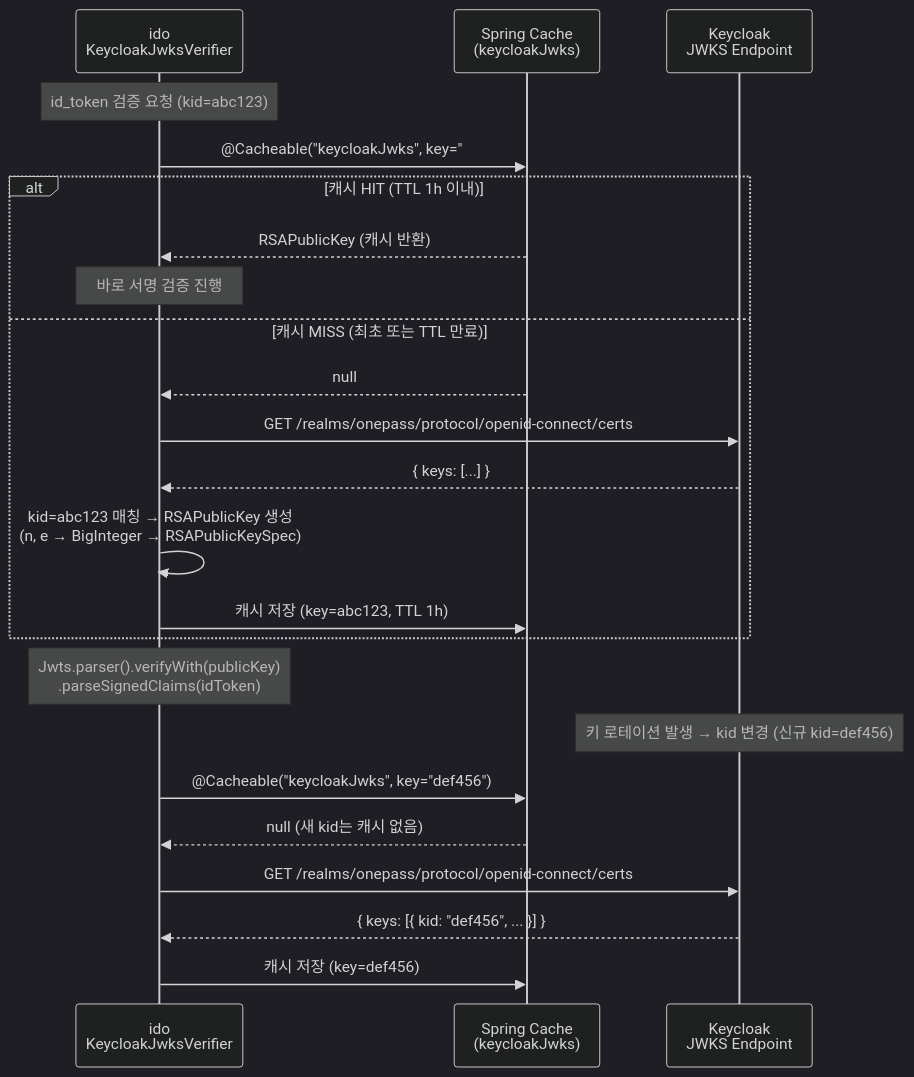
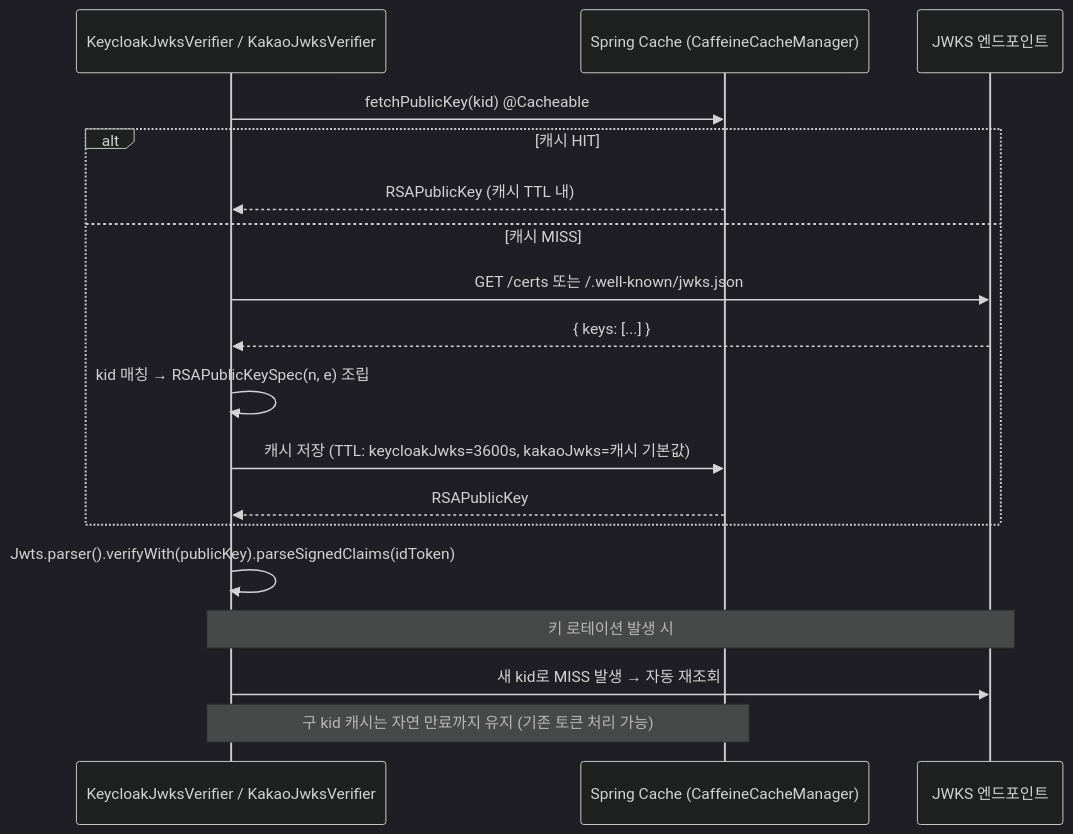
Before and after one commit to HipsterMIN/integration-sso: the fourth of 5 diagrams in docs/oidc-brokering-design.md, drawn with Mermaid (dark theme). The commit also changed other lines of this file, not shown here.

````diff
--- a/docs/oidc-brokering-design.md
+++ b/docs/oidc-brokering-design.md
@@ -550,30 +714,22 @@
 ```mermaid
 sequenceDiagram
-    participant IDO as ido<br/>KeycloakJwksVerifier
-    participant CACHE as Spring Cache<br/>(keycloakJwks)
-    participant KC as Keycloak<br/>JWKS Endpoint
+    participant SVC as KeycloakJwksVerifier / KakaoJwksVerifier
+    participant CACHE as Spring Cache (CaffeineCacheManager)
+    participant JWKS as JWKS 엔드포인트
 
-    Note over IDO: id_token 검증 요청 (kid=abc123)
-    IDO->>CACHE: @Cacheable("keycloakJwks", key="#kid")<br/>캐시 조회 kid=abc123
-    
-    alt 캐시 HIT (TTL 1h 이내)
-        CACHE-->>IDO: RSAPublicKey (캐시 반환)
-        Note over IDO: 바로 서명 검증 진행
-    else 캐시 MISS (최초 또는 TTL 만료)
-        CACHE-->>IDO: null
-        IDO->>KC: GET /realms/onepass/protocol/openid-connect/certs
-        KC-->>IDO: { keys: [...] }
-        IDO->>IDO: kid=abc123 매칭 → RSAPublicKey 생성<br/>(n, e → BigInteger → RSAPublicKeySpec)
-        IDO->>CACHE: 캐시 저장 (key=abc123, TTL 1h)
+    SVC->>CACHE: fetchPublicKey(kid) @Cacheable
+    alt 캐시 HIT
+        CACHE-->>SVC: RSAPublicKey (캐시 TTL 내)
+    else 캐시 MISS
+        SVC->>JWKS: GET /certs 또는 /.well-known/jwks.json
+        JWKS-->>SVC: { keys: [...] }
+        SVC->>SVC: kid 매칭 → RSAPublicKeySpec(n, e) 조립
+        SVC->>CACHE: 캐시 저장 (TTL: keycloakJwks=3600s, kakaoJwks=캐시 기본값)
+        CACHE-->>SVC: RSAPublicKey
     end
-    
-    Note over IDO: Jwts.parser().verifyWith(publicKey)<br/>.parseSignedClaims(idToken)
-    
-    Note over KC: 키 로테이션 발생 → kid 변경 (신규 kid=def456)
-    
-    IDO->>CACHE: @Cacheable("keycloakJwks", key="def456")
-    CACHE-->>IDO: null (새 kid는 캐시 없음)
-    IDO->>KC: GET /realms/onepass/protocol/openid-connect/certs
-    KC-->>IDO: { keys: [{ kid: "def456", ... }] }
-    IDO->>CACHE: 캐시 저장 (key=def456)
+    SVC->>SVC: Jwts.parser().verifyWith(publicKey).parseSignedClaims(idToken)
+
+    Note over SVC,JWKS: 키 로테이션 발생 시
+    SVC->>JWKS: 새 kid로 MISS 발생 → 자동 재조회
+    Note over SVC,CACHE: 구 kid 캐시는 자연 만료까지 유지 (기존 토큰 처리 가능)
 ```
````
